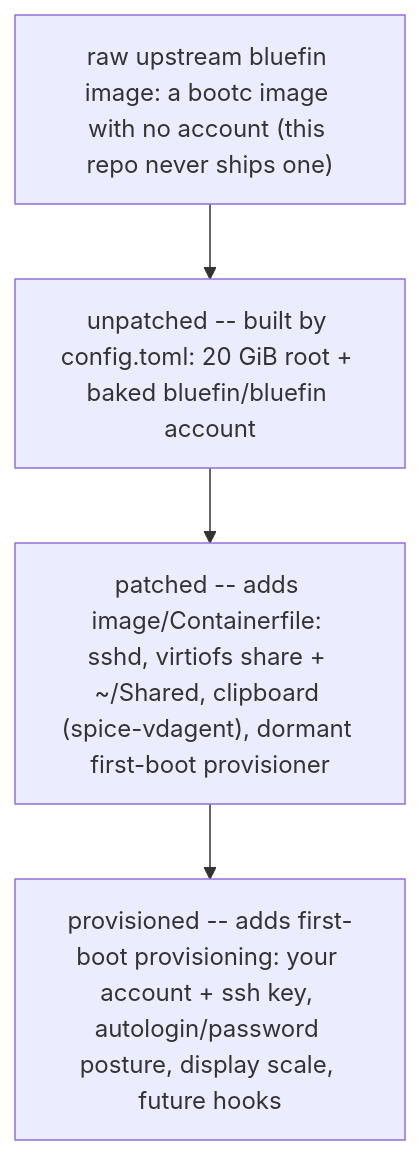
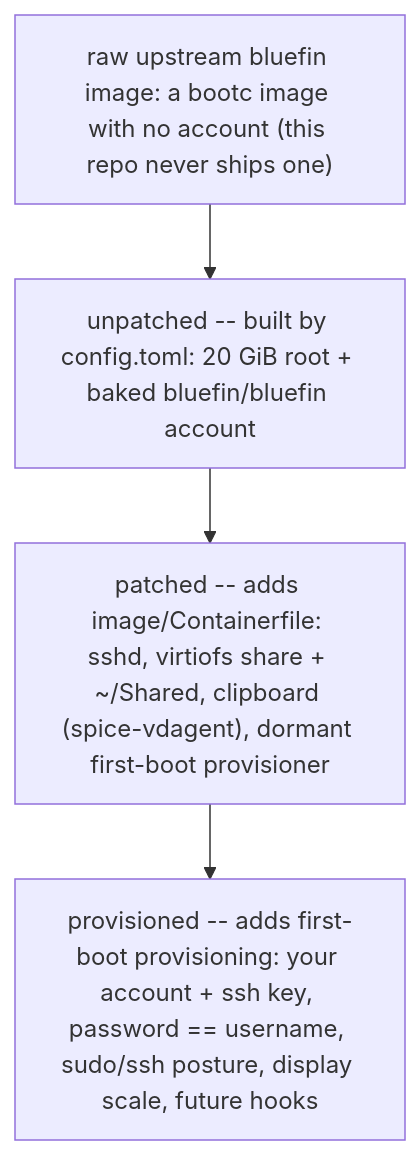
Before and after one commit to bluefing/bluefin-vm: the diagram in docs/diagrams/states.md, drawn with Mermaid. The commit also changed other lines of this file and 16 other files, not shown here.

````diff
--- a/docs/diagrams/states.md
+++ b/docs/diagrams/states.md
@@ -9,9 +9,9 @@
 ```mermaid
 flowchart TB
     RAW["raw upstream bluefin image: a bootc image with no account (this repo never ships one)"]
     S0["unpatched -- built by config.toml: 20 GiB root + baked bluefin/bluefin account"]
     S1["patched -- adds image/Containerfile: sshd, virtiofs share + ~/Shared, clipboard (spice-vdagent), dormant first-boot provisioner"]
-    S2["provisioned -- adds first-boot provisioning: your account + ssh key, autologin/password posture, display scale, future hooks"]
+    S2["provisioned -- adds first-boot provisioning: your account + ssh key, password == username, sudo/ssh posture, display scale, future hooks"]
 
     RAW --> S0 --> S1 --> S2
 ```
````
